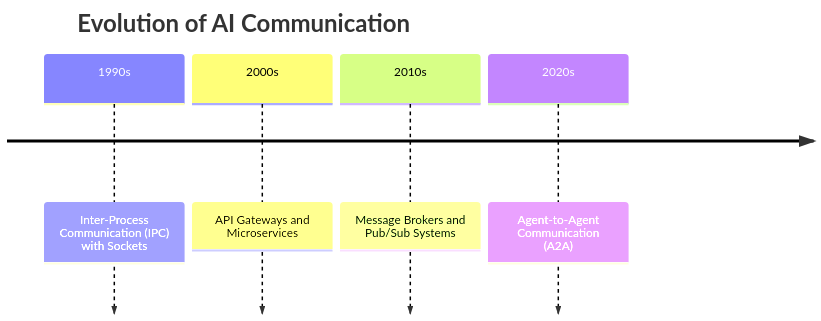
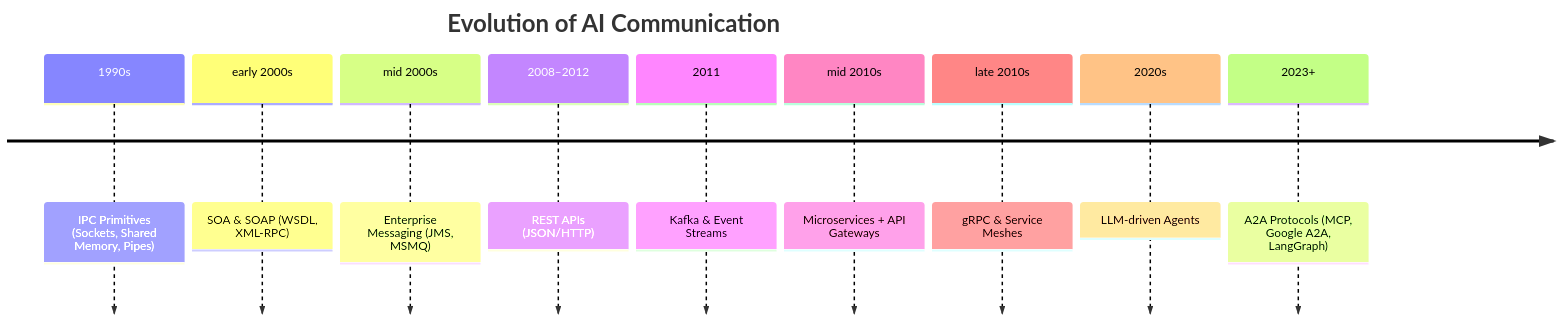
Before and after one commit to kumarshaz/communication-framework-evolution-diagrams: the diagram in timeline.mmd, drawn with Mermaid.

```diff
--- a/timeline.mmd
+++ b/timeline.mmd
@@ -1,6 +1,11 @@
 timeline
     title Evolution of AI Communication
-    1990s : Inter-Process Communication (IPC) with Sockets
-    2000s : API Gateways and Microservices
-    2010s : Message Brokers and Pub/Sub Systems
-    2020s : Agent-to-Agent Communication (A2A)
+    1990s : IPC Primitives (Sockets, Shared Memory, Pipes)
+    early 2000s : SOA & SOAP (WSDL, XML-RPC)
+    mid 2000s : Enterprise Messaging (JMS, MSMQ)
+    2008–2012 : REST APIs (JSON/HTTP)
+    2011 : Kafka & Event Streams
+    mid 2010s : Microservices + API Gateways
+    late 2010s : gRPC & Service Meshes
+    2020s : LLM-driven Agents
+    2023+ : A2A Protocols (MCP, Google A2A, LangGraph)
```
